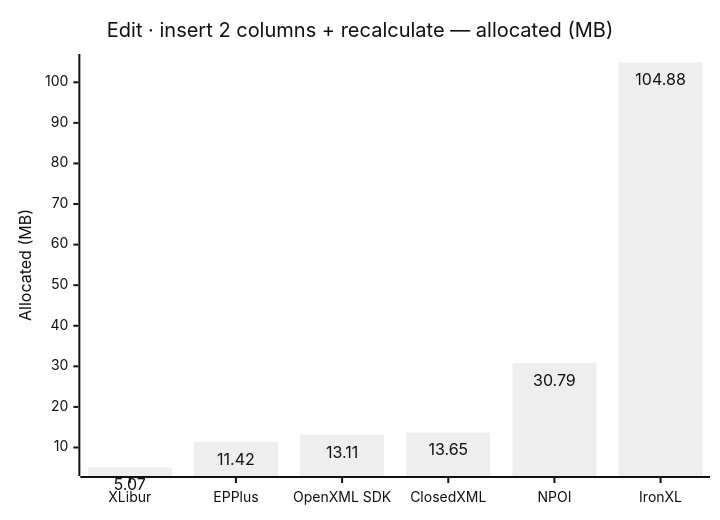
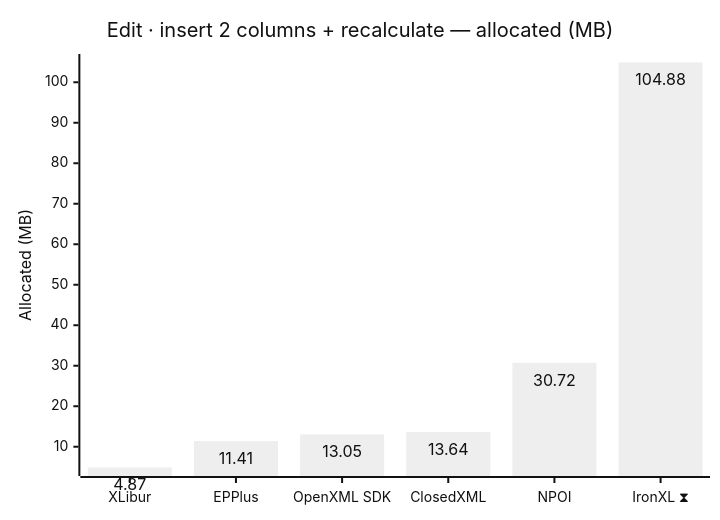
Before and after one commit to jafin/XLBench: diagram 12 of 12 in docs/results.md, drawn with Mermaid (neutral theme). The commit also changed other lines of this file and 3 other files, not shown here.

````diff
--- a/docs/results.md
+++ b/docs/results.md
@@ -178,12 +182,12 @@
 ```mermaid
 ---
 config:
   xyChart:
     showDataLabel: true
 ---
 xychart-beta
     title "Edit · insert 2 columns + recalculate — allocated (MB)"
-    x-axis ["XLibur", "EPPlus", "OpenXML SDK", "ClosedXML", "NPOI", "IronXL"]
+    x-axis ["XLibur", "EPPlus", "OpenXML SDK", "ClosedXML", "NPOI", "IronXL ⧗"]
     y-axis "Allocated (MB)"
-    bar [5.07, 11.42, 13.11, 13.65, 30.79, 104.88]
+    bar [4.87, 11.41, 13.05, 13.64, 30.72, 104.88]
 ```
````
